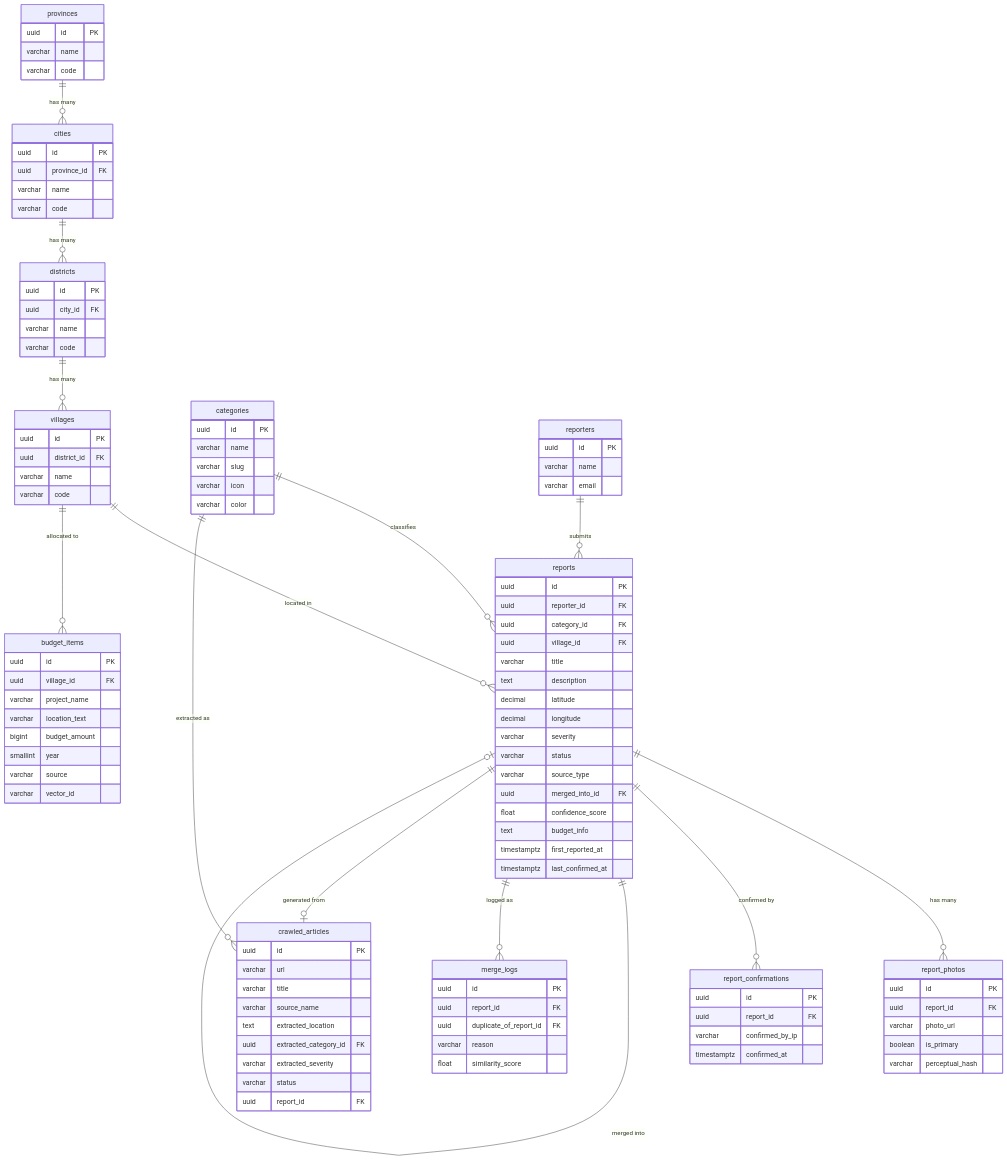
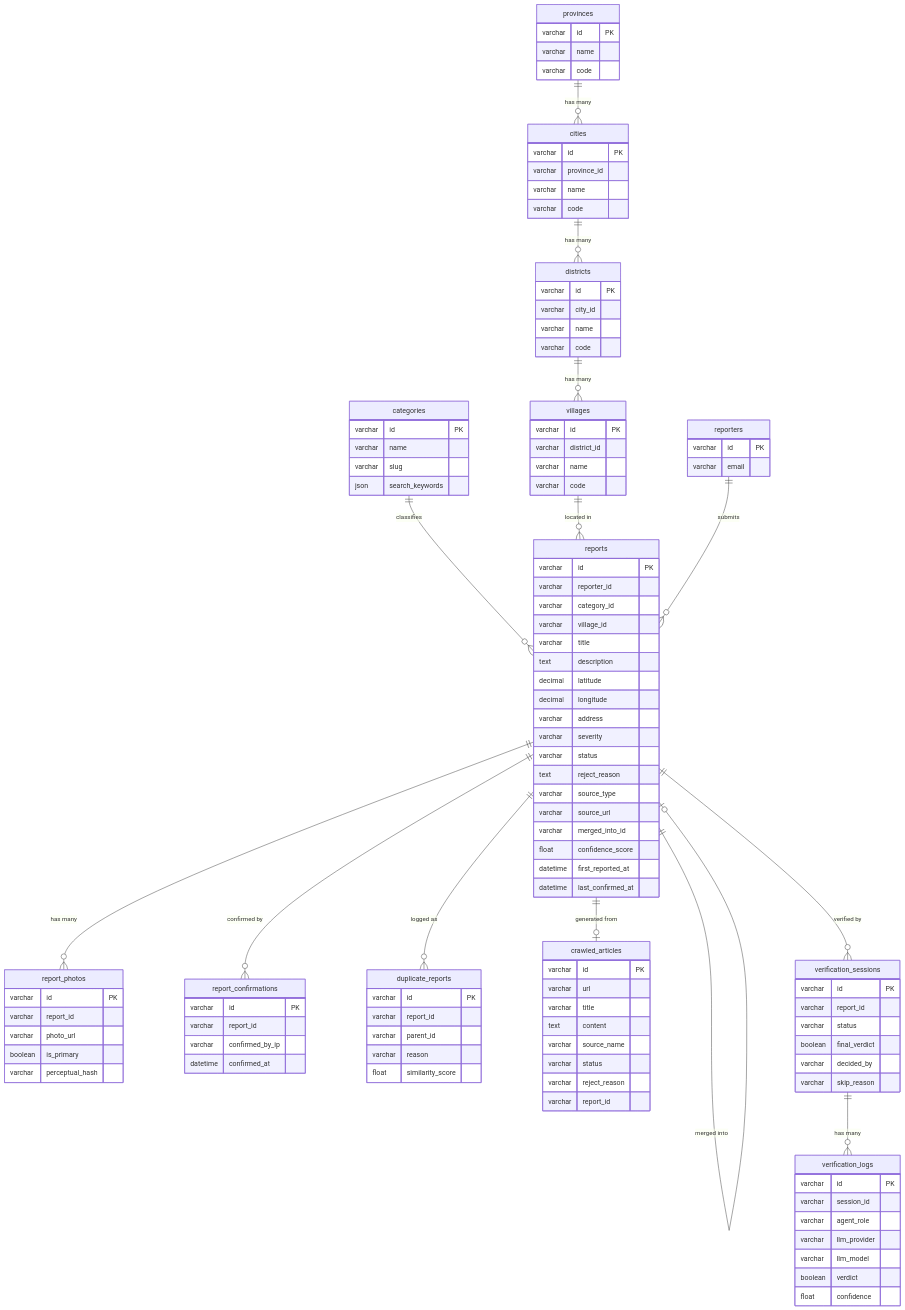
The diagram in docs/DATABASE-SCHEMA.md (arttVinci/fixora-Backend), drawn with Mermaid before and after one commit. The commit also changed other lines of this file and 6 other files, not shown here.

````diff
--- a/docs/DATABASE-SCHEMA.md
+++ b/docs/DATABASE-SCHEMA.md
@@ -259,105 +271,111 @@
     reports ||--o{ report_photos : "has many"
     reports ||--o{ report_confirmations : "confirmed by"
     reports ||--o| reports : "merged into"
-    reports ||--o{ merge_logs : "logged as"
+    reports ||--o{ duplicate_reports : "logged as"
 
-    categories ||--o{ crawled_articles : "extracted as"
     reports ||--o| crawled_articles : "generated from"
 
-    villages ||--o{ budget_items : "allocated to"
+    reports ||--o{ verification_sessions : "verified by"
+    verification_sessions ||--o{ verification_logs : "has many"
 
     provinces {
-        uuid id PK
+        varchar id PK
         varchar name
         varchar code
     }
     cities {
-        uuid id PK
-        uuid province_id FK
+        varchar id PK
+        varchar province_id
         varchar name
         varchar code
     }
     districts {
-        uuid id PK
-        uuid city_id FK
+        varchar id PK
+        varchar city_id
         varchar name
         varchar code
     }
     villages {
-        uuid id PK
-        uuid district_id FK
+        varchar id PK
+        varchar district_id
         varchar name
         varchar code
     }
     categories {
-        uuid id PK
+        varchar id PK
         varchar name
         varchar slug
-        varchar icon
-        varchar color
+        json search_keywords
     }
     reporters {
-        uuid id PK
-        varchar name
+        varchar id PK
         varchar email
     }
     reports {
-        uuid id PK
-        uuid reporter_id FK
-        uuid category_id FK
-        uuid village_id FK
+        varchar id PK
+        varchar reporter_id
+        varchar category_id
+        varchar village_id
         varchar title
         text description
         decimal latitude
         decimal longitude
+        varchar address
         varchar severity
         varchar status
+        text reject_reason
         varchar source_type
-        uuid merged_into_id FK
+        varchar source_url
+        varchar merged_into_id
         float confidence_score
-        text budget_info
-        timestamptz first_reported_at
-        timestamptz last_confirmed_at
+        datetime first_reported_at
+        datetime last_confirmed_at
     }
     report_photos {
-        uuid id PK
-        uuid report_id FK
+        varchar id PK
+        varchar report_id
         varchar photo_url
         boolean is_primary
         varchar perceptual_hash
     }
     report_confirmations {
-        uuid id PK
-        uuid report_id FK
+        varchar id PK
+        varchar report_id
         varchar confirmed_by_ip
-        timestamptz confirmed_at
+        datetime confirmed_at
     }
-    merge_logs {
-        uuid id PK
-        uuid report_id FK
-        uuid duplicate_of_report_id FK
+    duplicate_reports {
+        varchar id PK
+        varchar report_id
+        varchar parent_id
         varchar reason
         float similarity_score
     }
     crawled_articles {
-        uuid id PK
+        varchar id PK
         varchar url
         varchar title
+        text content
         varchar source_name
-        text extracted_location
-        uuid extracted_category_id FK
-        varchar extracted_severity
         varchar status
-        uuid report_id FK
+        varchar reject_reason
+        varchar report_id
     }
-    budget_items {
-        uuid id PK
-        uuid village_id FK
-        varchar project_name
-        varchar location_text
-        bigint budget_amount
-        smallint year
-        varchar source
-        varchar vector_id
+    verification_sessions {
+        varchar id PK
+        varchar report_id
+        varchar status
+        boolean final_verdict
+        varchar decided_by
+        varchar skip_reason
+    }
+    verification_logs {
+        varchar id PK
+        varchar session_id
+        varchar agent_role
+        varchar llm_provider
+        varchar llm_model
+        boolean verdict
+        float confidence
     }
 ```
````
